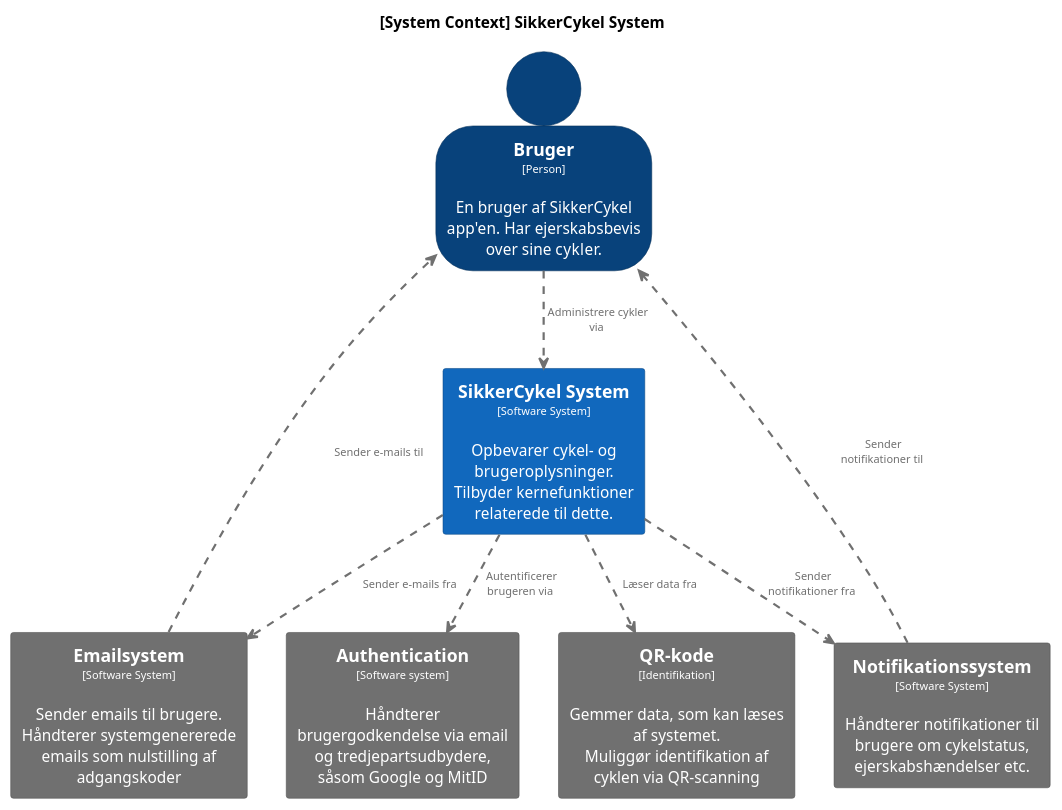
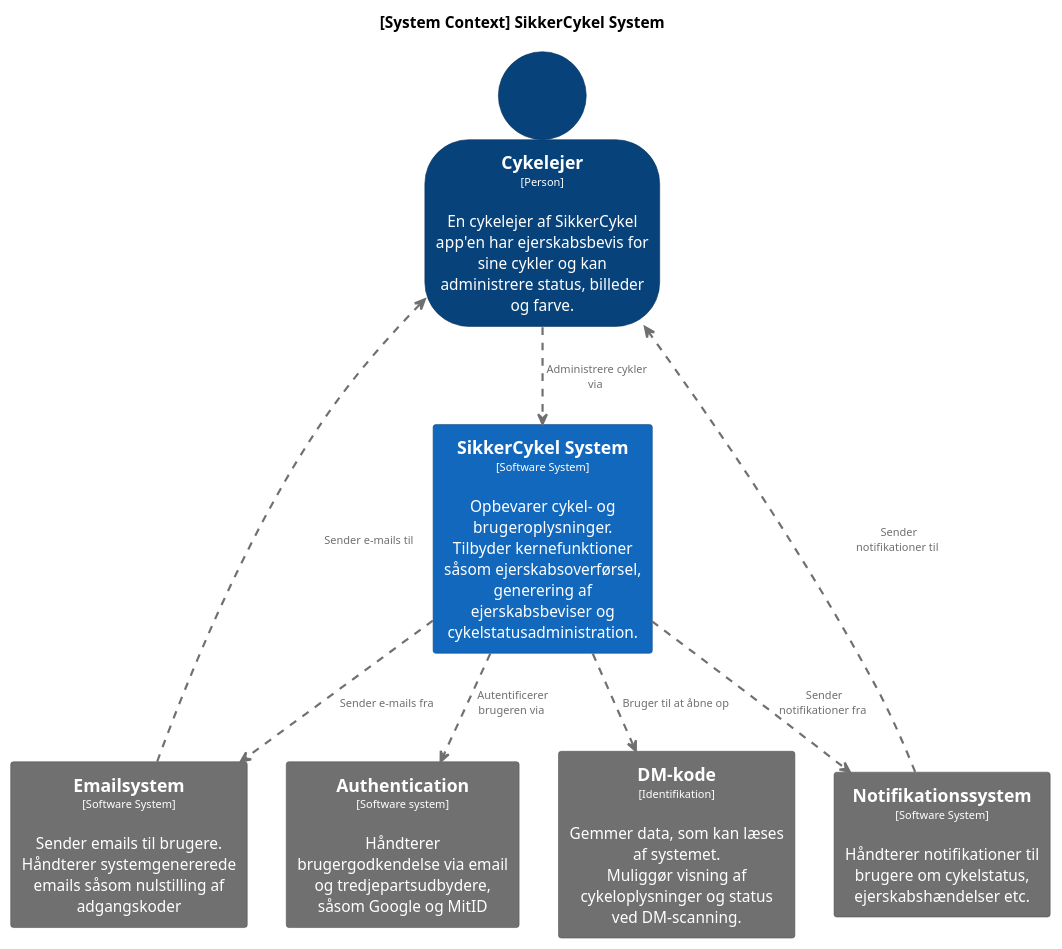
Before and after one commit to Sejehugo/SikkerCykel: the diagram in out/PlantUML/c4niveau-niveau1.puml, drawn with PlantUML. The commit also changed 2 other files, not shown here.

```diff
--- a/out/PlantUML/c4niveau-niveau1.puml
+++ b/out/PlantUML/c4niveau-niveau1.puml
@@ -1,89 +1,89 @@
 @startuml c4niveau-niveau1-bruger
 set separator none
 title [System Context] SikkerCykel System
 
 top to bottom direction
 
 skinparam {
   arrowFontSize 10
   defaultTextAlignment center
   wrapWidth 200
   maxMessageSize 100
 }
 hide stereotype
 
 skinparam person<<SystemAdminstrator>> {
   BackgroundColor #lightgrey
   FontColor #black
   BorderColor #052e56
   shadowing false
 }
 skinparam person<<AnonymousUser>> {
   BackgroundColor #08427b
   FontColor #ffffff
   BorderColor #052e56
   shadowing false
 }
 skinparam rectangle<<ExternalSystem>> {
   BackgroundColor #1168bd
   FontColor #ffffff
   BorderColor #0b4884
   shadowing false
 }
 skinparam rectangle<<SikkerCykelSystem>> {
   BackgroundColor #1168bd
   FontColor #ffffff
   BorderColor #0b4884
   shadowing false
 }
 skinparam person<<User>> {
   BackgroundColor #08427b
   FontColor #ffffff
   BorderColor #052e56
   shadowing false
 }
 skinparam person<<PoliceOfficer>> {
   BackgroundColor #08427b
   FontColor #ffffff
   BorderColor #052e56
   shadowing false
 }
 skinparam person<<BicycleImporter>> {
   BackgroundColor #08427b
   FontColor #ffffff
   BorderColor #052e56
   shadowing false
 }
 skinparam person<<BicycleDealer>> {
   BackgroundColor #08427b
   FontColor #ffffff
   BorderColor #052e56
   shadowing false
 }
 
 ' Grå bokse til Emailsystem, Firebase, Google Login og NFC-chip
 skinparam rectangle<<GrayBox>> {
   BackgroundColor #707070
   FontColor #ffffff
   BorderColor #505050
   shadowing false
 }
 
-person "==Bruger\n<size:10>[Person]</size>\n\nEn bruger af SikkerCykel app'en. Har ejerskabsbevis over sine cykler." <<User>> as Bruger
+person "==Cykelejer\n<size:10>[Person]</size>\n\nEn cykelejer af SikkerCykel app'en har ejerskabsbevis for sine cykler og kan administrere status, billeder og farve." <<User>> as Bruger
 
-rectangle "==SikkerCykel System\n<size:10>[Software System]</size>\n\nOpbevarer cykel- og brugeroplysninger.\nTilbyder kernefunktioner relaterede til dette." <<SikkerCykelSystem>> as SikkerCykelSystem
+rectangle "==SikkerCykel System\n<size:10>[Software System]</size>\n\nOpbevarer cykel- og brugeroplysninger.\nTilbyder kernefunktioner såsom ejerskabsoverførsel, generering af ejerskabsbeviser og cykelstatusadministration." <<SikkerCykelSystem>> as SikkerCykelSystem
 
-rectangle "==Emailsystem\n<size:10>[Software System]</size>\n\nSender emails til brugere.\nHåndterer systemgenererede emails som nulstilling af adgangskoder" <<GrayBox>> as Email
+rectangle "==Emailsystem\n<size:10>[Software System]</size>\n\nSender emails til brugere.\nHåndterer systemgenererede emails såsom nulstilling af adgangskoder" <<GrayBox>> as Email
 rectangle "==Authentication\n<size:10>[Software system]</size>\n\nHåndterer brugergodkendelse via email og tredjepartsudbydere, såsom Google og MitID" <<GrayBox>> as Authentication
-rectangle "==QR-kode\n<size:10>[Identifikation]</size>\n\nGemmer data, som kan læses af systemet.\nMuliggør identifikation af cyklen via QR-scanning" <<GrayBox>> as QRKodeIngraveretICykel
+rectangle "==DM-kode\n<size:10>[Identifikation]</size>\n\nGemmer data, som kan læses af systemet.\nMuliggør visning af cykeloplysninger og status ved DM-scanning." <<GrayBox>> as DMKodeIngraveretICykel
 rectangle "==Notifikationssystem\n<size:10>[Software System]</size>\n\nHåndterer notifikationer til brugere om cykelstatus, ejerskabshændelser etc." <<GrayBox>> as Notifikation
 
 Bruger .[#707070,thickness=2].> SikkerCykelSystem : "<color:#707070> Administrere cykler via"
 SikkerCykelSystem .[#707070,thickness=2].> Authentication : "<color:#707070> Autentificerer brugeren via"
 SikkerCykelSystem .[#707070,thickness=2].> Email : "<color:#707070> Sender e-mails fra"
 SikkerCykelSystem .[#707070,thickness=2].> Notifikation : "<color:#707070> Sender notifikationer fra"
-SikkerCykelSystem .[#707070,thickness=2].> QRKodeIngraveretICykel : "<color:#707070> Læser data fra"
+SikkerCykelSystem .[#707070,thickness=2].> DMKodeIngraveretICykel : "<color:#707070> Bruger til at åbne op"
 Email .[#707070,thickness=2].> Bruger: "<color:#707070> Sender e-mails til"
 Notifikation .[#707070,thickness=2].> Bruger: "<color:#707070> Sender notifikationer til"
 
 @enduml
```
